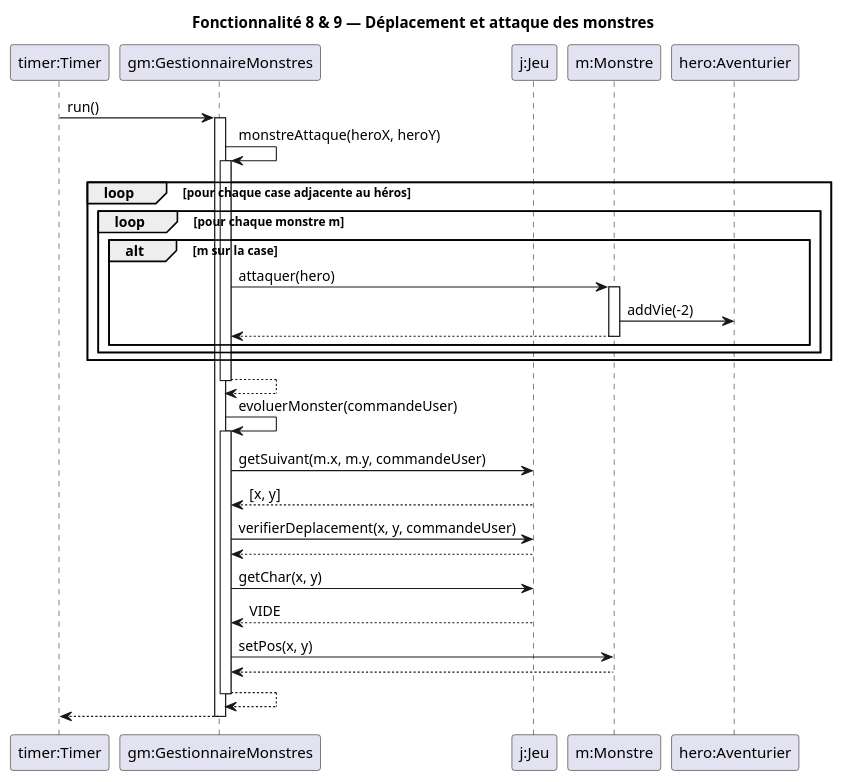
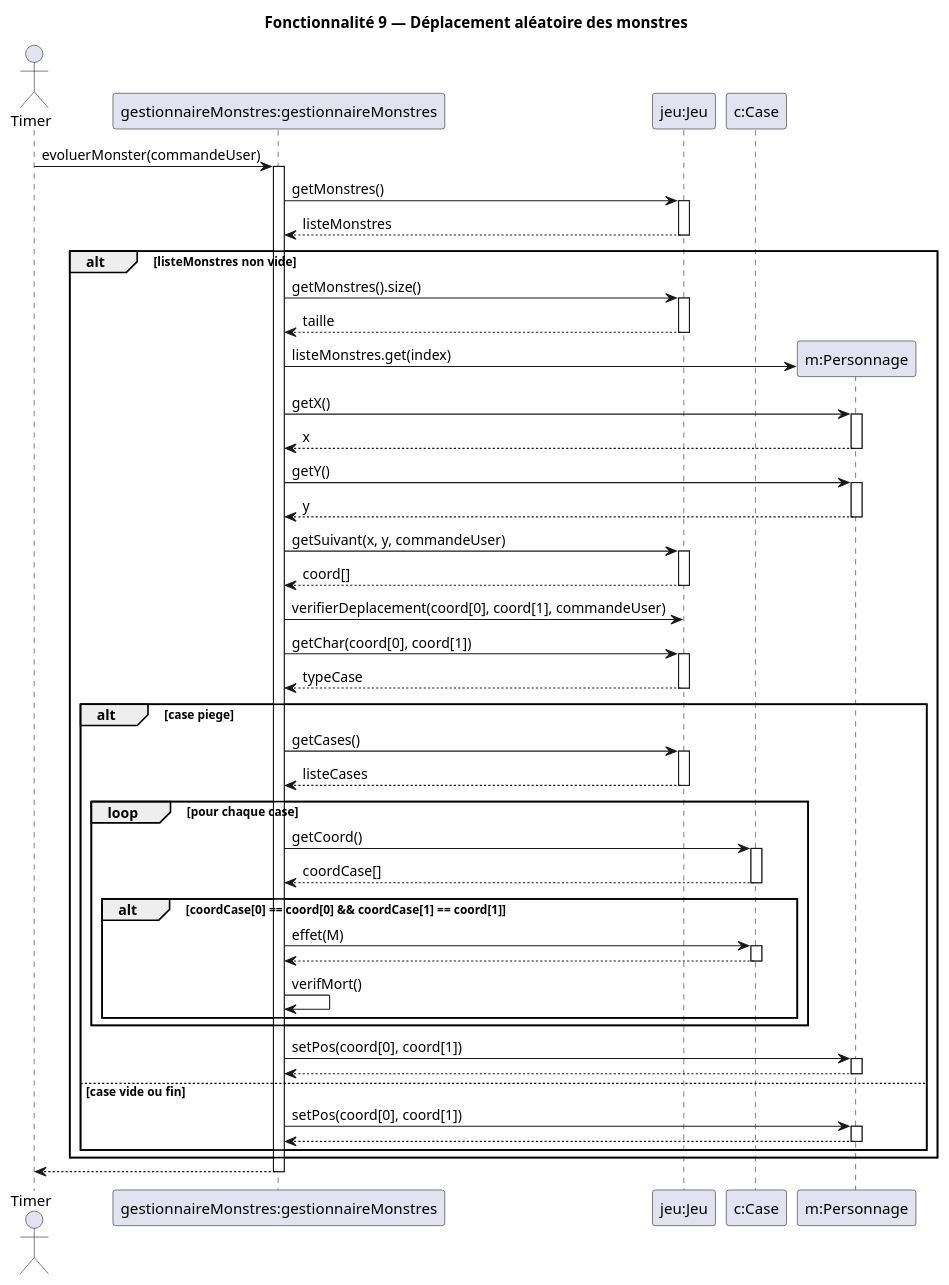
Before and after one commit to lucas-martinati-pro/SAE_S2.01_Zeldiablo-LucasM_JeanLM_PierreGSV: the diagram in projet_zeldiablo/documents/version_2/Diagrammes Séquence/Fonctionnalité 9.puml, drawn with PlantUML. The commit also changed 3 other files, not shown here.

Commit message:
add: Diagramme fonctionnalités 7, 8 et 9

```diff
--- a/projet_zeldiablo/documents/version_2/Diagrammes Séquence/Fonctionnalité 9.puml
+++ b/projet_zeldiablo/documents/version_2/Diagrammes Séquence/Fonctionnalité 9.puml
@@ -1,49 +1,83 @@
 @startuml
-title Fonctionnalité 8 & 9 — Déplacement et attaque des monstres
+title Fonctionnalité 9 — Déplacement aléatoire des monstres
 
-participant "timer:Timer" as Timer
-participant "gm:GestionnaireMonstres" as GM
-participant "j:Jeu" as Jeu
-participant "m:Monstre" as Monstre
-participant "hero:Aventurier" as Hero
+actor Timer
+participant "gestionnaireMonstres:gestionnaireMonstres" as GM
+participant "jeu:Jeu" as Jeu
+participant "c:Case" as C
 
-Timer -> GM : run()
+Timer -> GM : evoluerMonster(commandeUser)
 activate GM
 
-GM -> GM : monstreAttaque(heroX, heroY)
-activate GM
-loop pour chaque case adjacente au héros
-    loop pour chaque monstre m
-        alt m sur la case
-            GM -> Monstre : attaquer(hero)
-            activate Monstre
-            Monstre -> Hero : addVie(-2)
-            Monstre --> GM
-            deactivate Monstre
-        end
-    end
+GM -> Jeu : getMonstres()
+activate Jeu
+Jeu --> GM : listeMonstres
+deactivate Jeu
+
+alt listeMonstres non vide
+	GM -> Jeu : getMonstres().size()
+	activate Jeu
+	Jeu --> GM : taille
+	deactivate Jeu
+
+	create "m:Personnage" as M
+	GM -> M : listeMonstres.get(index)
+
+	GM -> M : getX()
+	activate M
+	M --> GM : x
+	deactivate M
+
+	GM -> M : getY()
+	activate M
+	M --> GM : y
+	deactivate M
+
+	GM -> Jeu : getSuivant(x, y, commandeUser)
+	activate Jeu
+	Jeu --> GM : coord[]
+	deactivate Jeu
+
+	GM -> Jeu : verifierDeplacement(coord[0], coord[1], commandeUser)
+
+	GM -> Jeu : getChar(coord[0], coord[1])
+	activate Jeu
+	Jeu --> GM : typeCase
+	deactivate Jeu
+
+	alt case piege
+		GM -> Jeu : getCases()
+		activate Jeu
+		Jeu --> GM : listeCases
+		deactivate Jeu
+
+		loop pour chaque case
+			GM -> C : getCoord()
+			activate C
+			C --> GM : coordCase[]
+			deactivate C
+
+			alt coordCase[0] == coord[0] && coordCase[1] == coord[1]
+                GM -> C : effet(M)
+                activate C
+                C --> GM
+                deactivate C
+                GM -> GM : verifMort()
+            end
+		end
+		GM -> M : setPos(coord[0], coord[1])
+		activate M
+		M --> GM
+		deactivate M
+	else case vide ou fin
+		GM -> M : setPos(coord[0], coord[1])
+		activate M
+		M --> GM
+		deactivate M
+	end
 end
-GM --> GM
-deactivate GM
-
-GM -> GM : evoluerMonster(commandeUser)
-activate GM
-GM -> Jeu : getSuivant(m.x, m.y, commandeUser)
-Jeu --> GM : [x, y]
-
-GM -> Jeu : verifierDeplacement(x, y, commandeUser)
-Jeu --> GM
-
-GM -> Jeu : getChar(x, y)
-Jeu --> GM : VIDE
-
-GM -> Monstre : setPos(x, y)
-Monstre --> GM
-
-GM --> GM
-deactivate GM
 
 GM --> Timer
 deactivate GM
 
 @enduml
```
